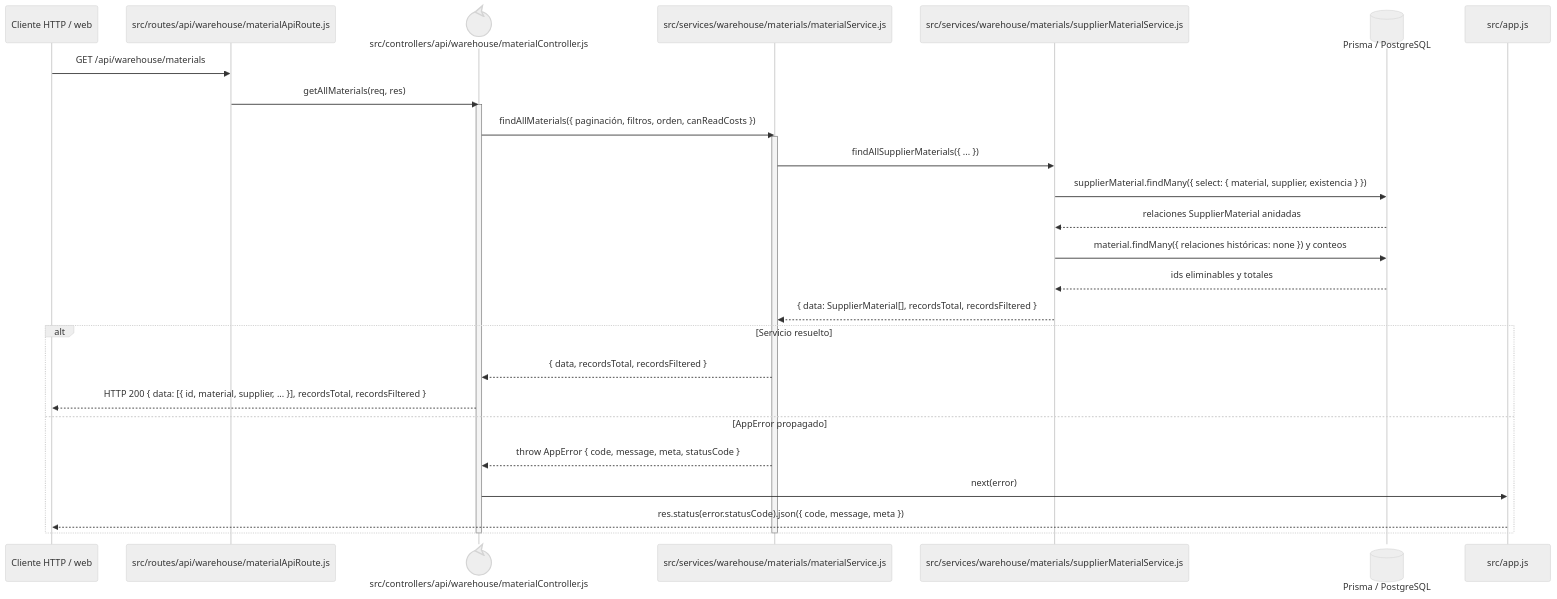
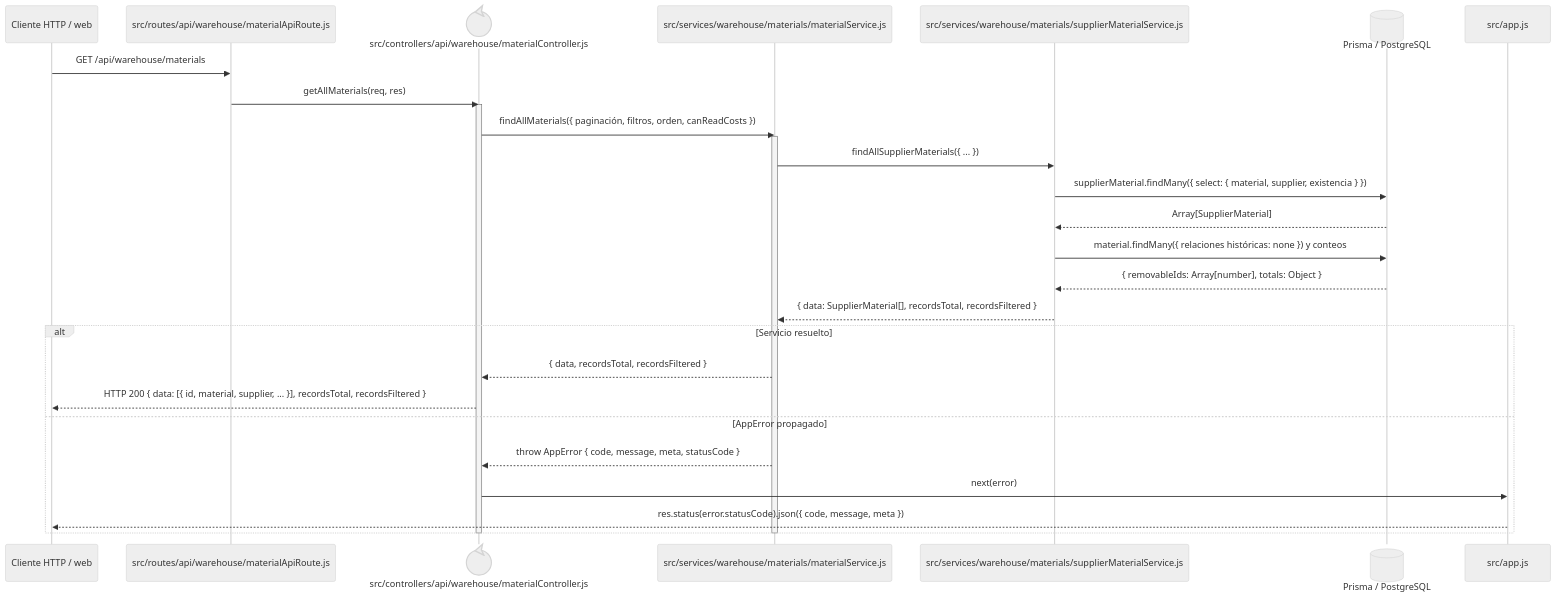
The diagram in docs/architecture/backend-code-sequences/catalogs/cu-alm-01.md (gpgsistemas01/nexus), drawn with Mermaid (neutral theme) before and after one commit. The commit also changed 146 other files, not shown here.

````diff
--- a/docs/architecture/backend-code-sequences/catalogs/cu-alm-01.md
+++ b/docs/architecture/backend-code-sequences/catalogs/cu-alm-01.md
@@ -6,32 +6,32 @@
 ```mermaid
 sequenceDiagram
     participant Client as Cliente HTTP / web
     participant Route as src/routes/api/warehouse/materialApiRoute.js
     participant Controller@{ "type": "control" } as src/controllers/api/warehouse/materialController.js
     participant Domain as src/services/warehouse/materials/materialService.js
     participant SupplierMaterial as src/services/warehouse/materials/supplierMaterialService.js
     participant Prisma@{ "type": "database" } as Prisma / PostgreSQL
     participant ErrorHandler as src/app.js
 
     Client->>Route: GET /api/warehouse/materials
     Route->>Controller: getAllMaterials(req, res)
     activate Controller
     Controller->>Domain: findAllMaterials({ paginación, filtros, orden, canReadCosts })
     activate Domain
     Domain->>SupplierMaterial: findAllSupplierMaterials({ ... })
     SupplierMaterial->>Prisma: supplierMaterial.findMany({ select: { material, supplier, existencia } })
-    Prisma-->>SupplierMaterial: relaciones SupplierMaterial anidadas
+    Prisma-->>SupplierMaterial: Array[SupplierMaterial]
     SupplierMaterial->>Prisma: material.findMany({ relaciones históricas: none }) y conteos
-    Prisma-->>SupplierMaterial: ids eliminables y totales
+    Prisma-->>SupplierMaterial: { removableIds: Array[number], totals: Object }
     SupplierMaterial-->>Domain: { data: SupplierMaterial[], recordsTotal, recordsFiltered }
     alt Servicio resuelto
         Domain-->>Controller: { data, recordsTotal, recordsFiltered }
         Controller-->>Client: HTTP 200 { data: [{ id, material, supplier, ... }], recordsTotal, recordsFiltered }
     else AppError propagado
         Domain-->>Controller: throw AppError { code, message, meta, statusCode }
         Controller->>ErrorHandler: next(error)
         ErrorHandler-->>Client: res.status(error.statusCode).json({ code, message, meta })
     end
     deactivate Domain
     deactivate Controller
 ```
````
